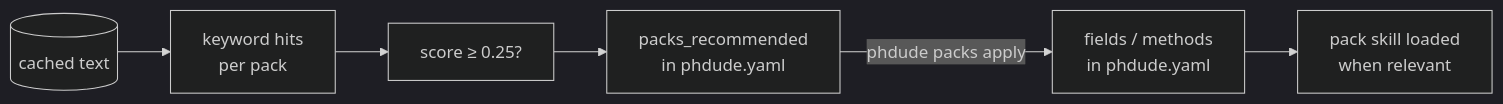
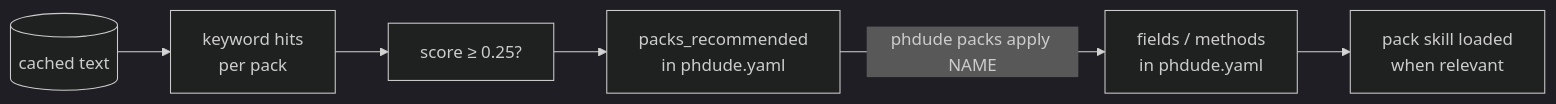
The seventh of 7 diagrams in README.md (LucioY250/phdude), drawn with Mermaid (dark theme) before and after one commit. The commit also changed other lines of this file, not shown here.

First line of the commit message:
docs(readme): mermaid labels safe for GitHub renderer

````diff
--- a/README.md
+++ b/README.md
@@ -384,6 +384,6 @@
 ```mermaid
 flowchart LR
     T[(cached text)] --> K[keyword hits<br>per pack] --> S[score ≥ 0.25?] --> Rec[packs_recommended<br>in phdude.yaml]
-    Rec -- "phdude packs apply <name>" --> Applied[fields / methods<br>in phdude.yaml]
+    Rec -- "phdude packs apply NAME" --> Applied[fields / methods<br>in phdude.yaml]
     Applied --> Skill[pack skill loaded<br>when relevant]
 ```
````
